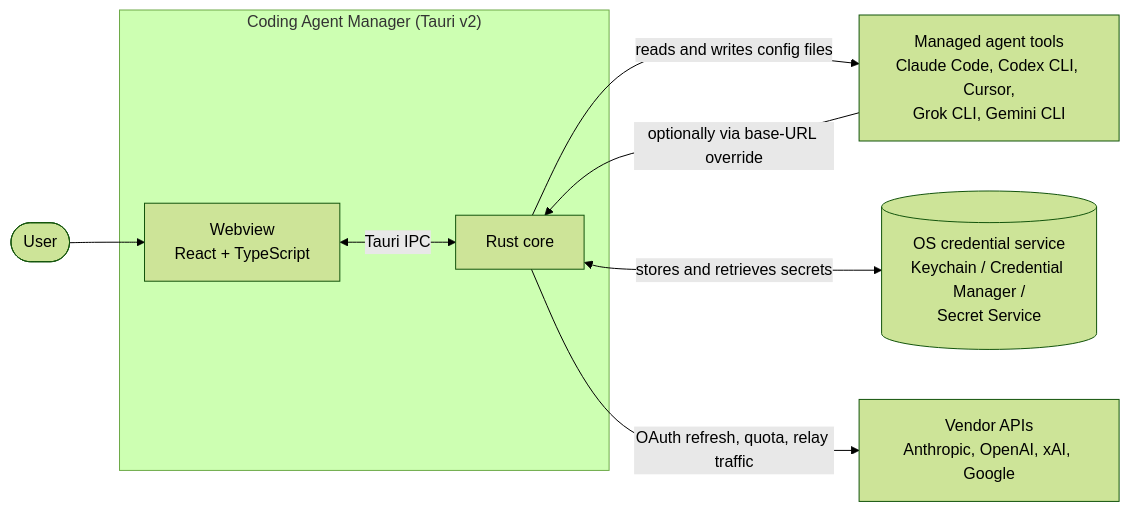
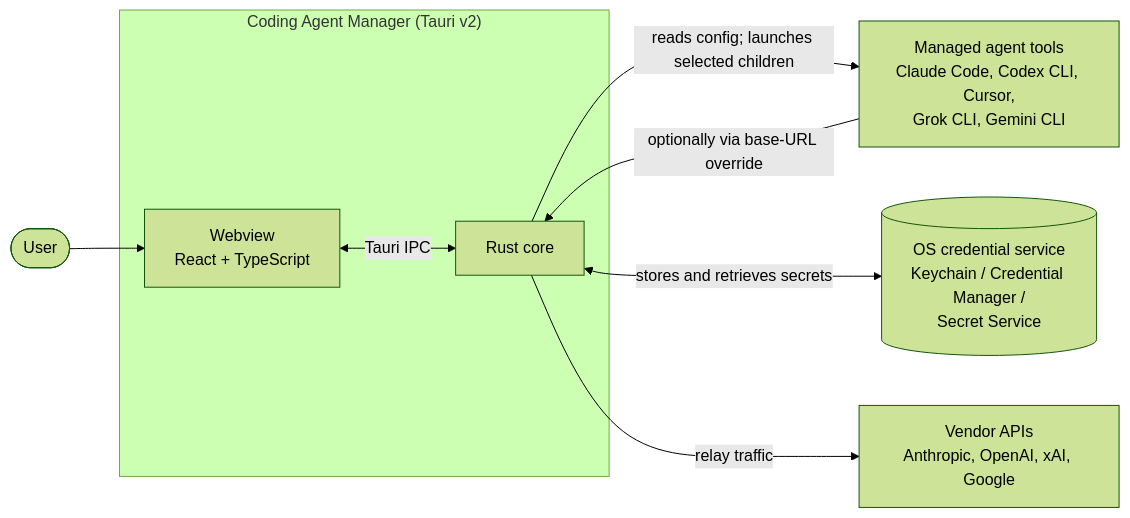
One commit to Meta-Develop/Coding-Agent-Manager changed the first of 3 diagrams in docs/ARCHITECTURE.md. Above: the diagram before and after it, drawn with Mermaid (forest theme). The commit also changed other lines of this file and 5 other files, not shown here.

````diff
--- a/docs/ARCHITECTURE.md
+++ b/docs/ARCHITECTURE.md
@@ -5,18 +5,18 @@
 ```mermaid
 flowchart LR
   User([User])
   subgraph App["Coding Agent Manager (Tauri v2)"]
     UI["Webview<br/>React + TypeScript"]
     Core["Rust core"]
   end
   Tools["Managed agent tools<br/>Claude Code, Codex CLI, Cursor,<br/>Grok CLI, Gemini CLI"]
   Keychain[("OS credential service<br/>Keychain / Credential Manager /<br/>Secret Service")]
   Vendors["Vendor APIs<br/>Anthropic, OpenAI, xAI, Google"]
 
   User --> UI
   UI <-->|"Tauri IPC"| Core
-  Core -->|"reads and writes config files"| Tools
+  Core -->|"reads config; launches selected children"| Tools
   Core <-->|"stores and retrieves secrets"| Keychain
-  Core -->|"OAuth refresh, quota, relay traffic"| Vendors
+  Core -->|"relay traffic"| Vendors
   Tools -->|"optionally via base-URL override"| Core
 ```
````
